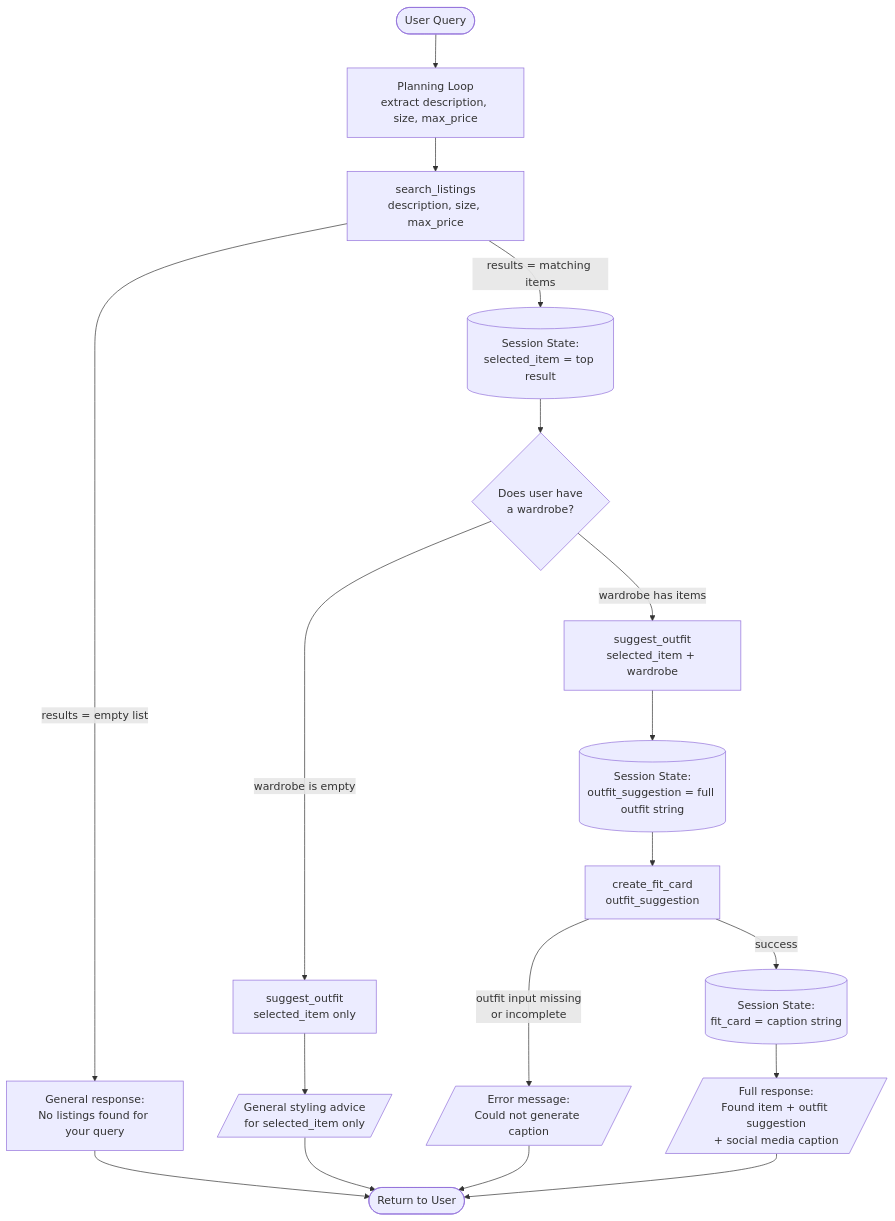
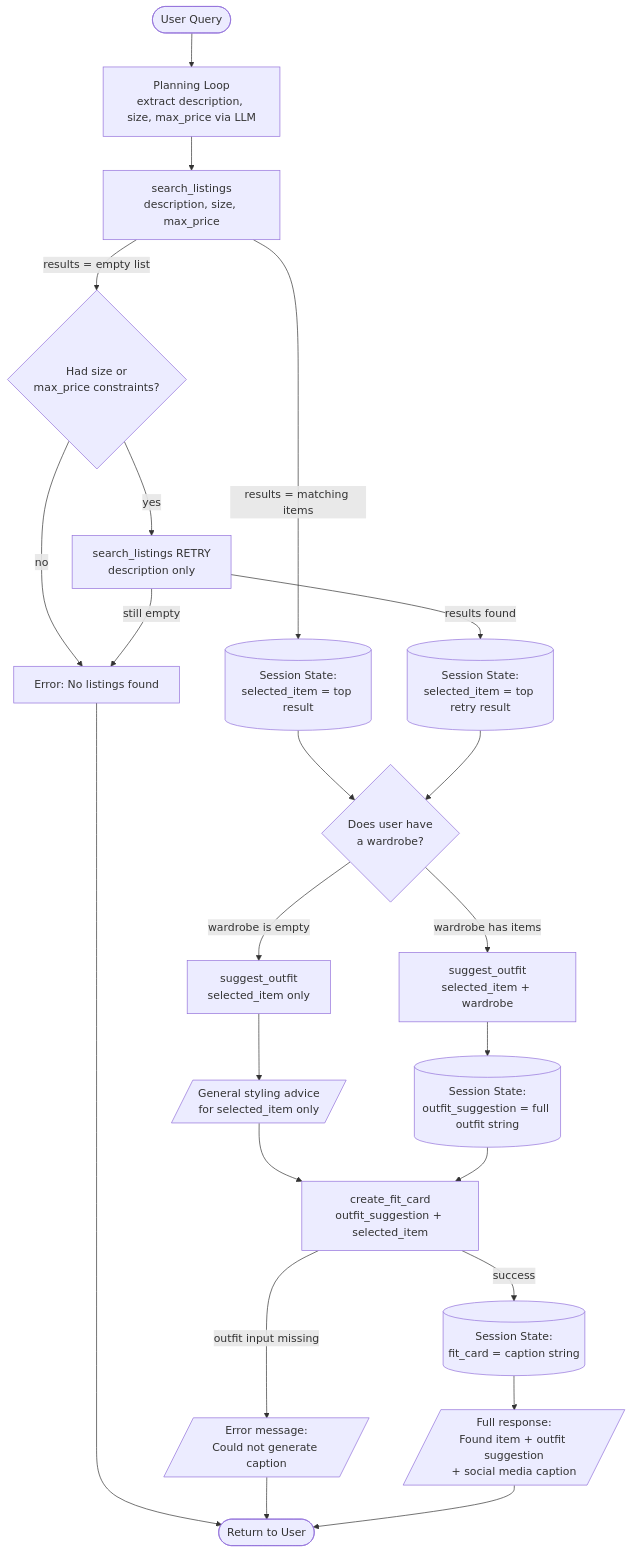
The diagram in README.md (olusheki/ai201-project2-fitfindr-starter), drawn with Mermaid before and after one commit. The commit also changed other lines of this file and 3 other files, not shown here.

````diff
--- a/README.md
+++ b/README.md
@@ -114,28 +118,33 @@
 ```mermaid
 flowchart TD
-    A([User Query]) --> B[Planning Loop\nextract description, size, max_price]
+    A([User Query]) --> B[Planning Loop\nextract description, size, max_price via LLM]
 
     B --> C[search_listings\ndescription, size, max_price]
 
-    C -->|results = empty list| D[General response:\nNo listings found for your query]
+    C -->|results = empty list| R{Had size or\nmax_price constraints?}
+    R -->|yes| C2[search_listings RETRY\ndescription only]
+    R -->|no| D[Error: No listings found]
+    C2 -->|still empty| D
+    C2 -->|results found| E2[(Session State:\nselected_item = top retry result)]
     D --> Z([Return to User])
 
     C -->|results = matching items| E[(Session State:\nselected_item = top result)]
 
     E --> F{Does user have\na wardrobe?}
+    E2 --> F
 
     F -->|wardrobe is empty| G[suggest_outfit\nselected_item only]
     G --> H[/General styling advice\nfor selected_item only/]
-    H --> Z
+    H --> K
 
     F -->|wardrobe has items| I[suggest_outfit\nselected_item + wardrobe]
     I --> J[(Session State:\noutfit_suggestion = full outfit string)]
 
-    J --> K[create_fit_card\noutfit_suggestion]
-    K -->|outfit input missing\nor incomplete| L[/Error message:\nCould not generate caption/]
+    J --> K[create_fit_card\noutfit_suggestion + selected_item]
+    K -->|outfit input missing| L[/Error message:\nCould not generate caption/]
     L --> Z
 
     K -->|success| M[(Session State:\nfit_card = caption string)]
     M --> N[/Full response:\nFound item + outfit suggestion\n+ social media caption/]
     N --> Z
 ```
````
